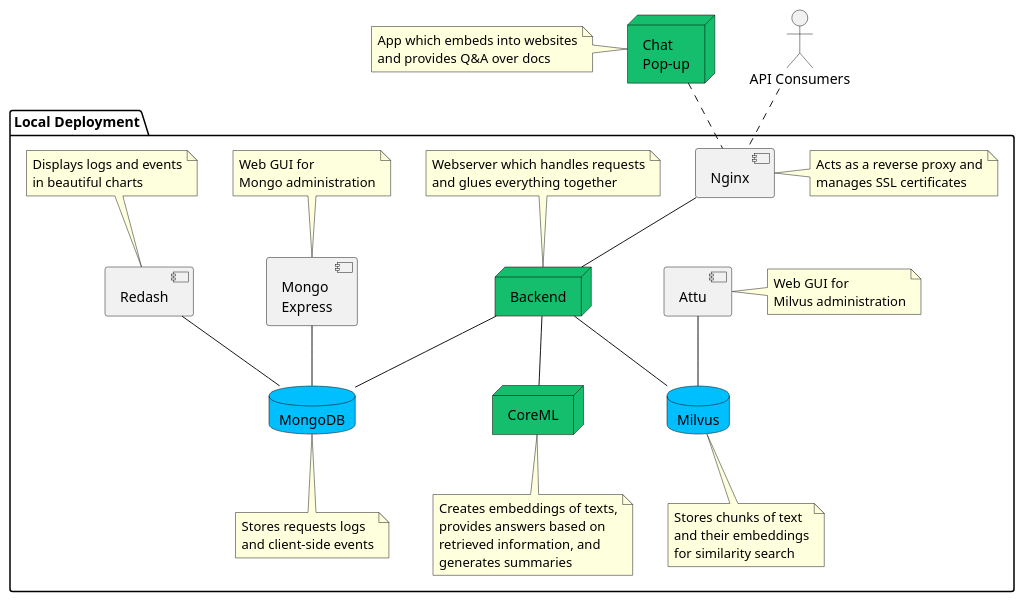
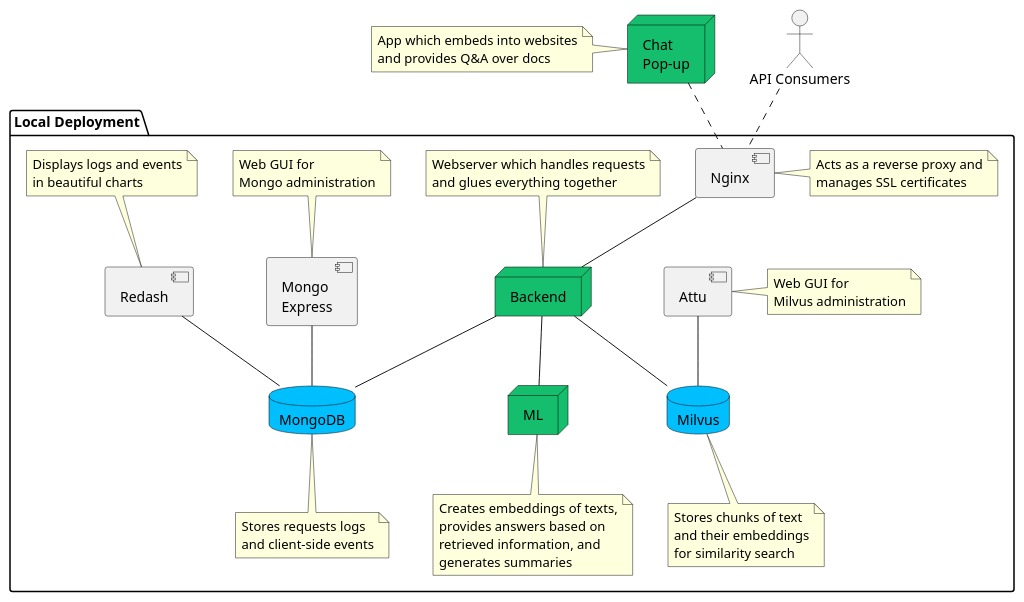
The diagram in images/askguru-components.plantuml (furiousteabag/asmirnov.xyz), drawn with PlantUML before and after one commit.

Commit message:
rename coreml -> ml

```diff
--- a/images/askguru-components.plantuml
+++ b/images/askguru-components.plantuml
@@ -1,53 +1,53 @@
 @startuml
 
 skinparam database {
     BackgroundColor deepskyblue
     BorderColor black
     FontColor automatic
 }
 
 skinparam node {
     BackgroundColor 15BE6C
     BorderColor black
 }
 
 package "Local Deployment" {
     node "Backend"
     note top: Webserver which handles requests\nand glues everything together
 
-    node "CoreML"
+    node "ML"
     note bottom: Creates embeddings of texts,\nprovides answers based on\nretrieved information, and\ngenerates summaries
 
     database "MongoDB"
     note bottom: Stores requests logs\nand client-side events
 
     database "Milvus"
     note bottom: Stores chunks of text\nand their embeddings\nfor similarity search
 
     component "Mongo\nExpress"
     note top: Web GUI for\nMongo administration
 
     component "Attu"
     note right: Web GUI for\nMilvus administration
 
     component "Redash"
     note top: Displays logs and events\nin beautiful charts
 
     component "Nginx"
     note right: Acts as a reverse proxy and\nmanages SSL certificates
 }
 
 node "Chat\nPop-up"
 note left: App which embeds into websites\nand provides Q&A over docs
 
 [Chat\nPop-up] .. [Nginx]
 :API Consumers: .. [Nginx]
 [Nginx] -- [Backend]
-[Backend] -- [CoreML]
+[Backend] -- [ML]
 [Backend] -- [MongoDB]
 [Backend] -- [Milvus]
 [Redash] -- [MongoDB]
 [Mongo\nExpress] -- [MongoDB]
 [Attu] -- [Milvus]
 
 @enduml
```
